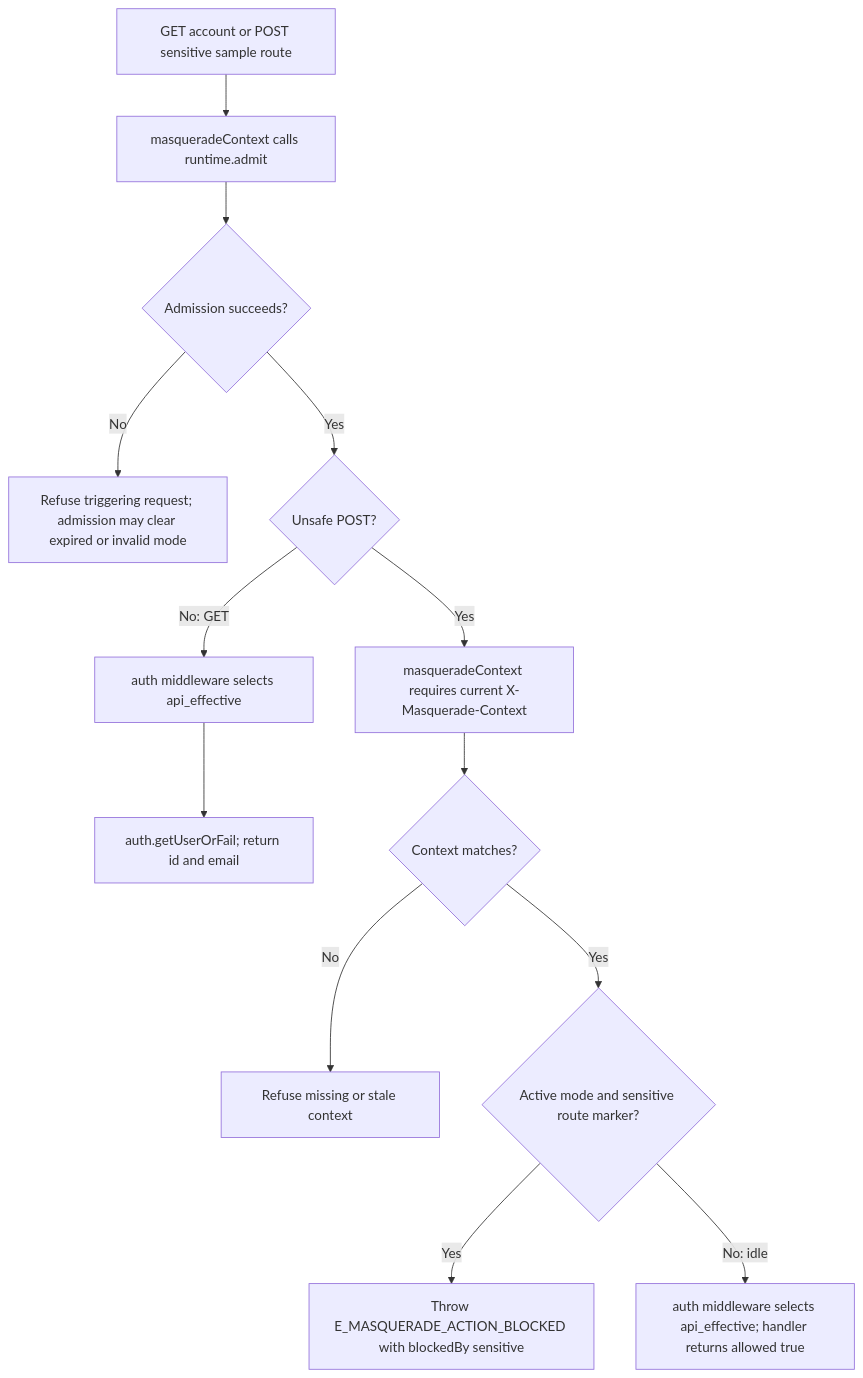
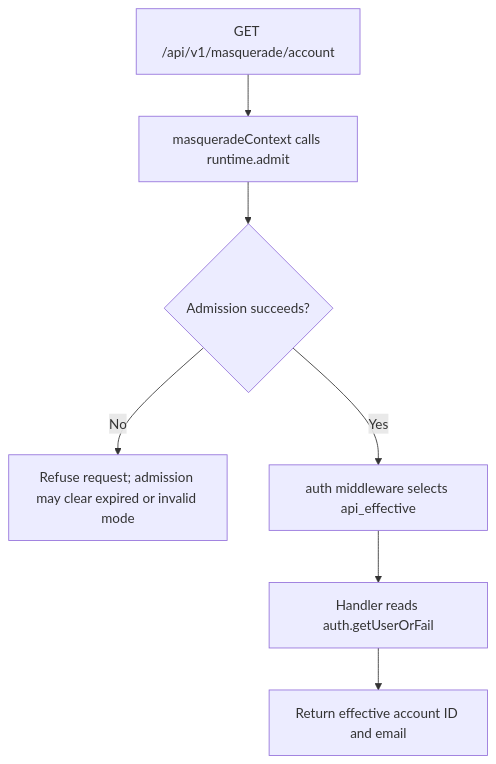
One commit to Kevinjohn/oss-adonisjs-starter-examples changed the second of 2 diagrams in user-stories/api/us-api-22-read-masquerade-sample.md. Above: the diagram before and after it, drawn with Mermaid. The commit also changed other lines of this file and 8 other files, not shown here.

````diff
--- a/user-stories/api/us-api-22-read-masquerade-sample.md
+++ b/user-stories/api/us-api-22-read-masquerade-sample.md
@@ -41,15 +31,9 @@
 ```mermaid
 flowchart TD
-    A["GET account or POST sensitive sample route"] --> B["masqueradeContext calls runtime.admit"]
+    A["GET /api/v1/masquerade/account"] --> B["masqueradeContext calls runtime.admit"]
     B --> C{"Admission succeeds?"}
-    C -->|No| D["Refuse triggering request; admission may clear expired or invalid mode"]
-    C -->|Yes| E{"Unsafe POST?"}
-    E -->|No: GET| F["auth middleware selects api_effective"]
-    F --> G["auth.getUserOrFail; return id and email"]
-    E -->|Yes| H["masqueradeContext requires current X-Masquerade-Context"]
-    H --> I{"Context matches?"}
-    I -->|No| J["Refuse missing or stale context"]
-    I -->|Yes| K{"Active mode and sensitive route marker?"}
-    K -->|Yes| L["Throw E_MASQUERADE_ACTION_BLOCKED with blockedBy sensitive"]
-    K -->|No: idle| M["auth middleware selects api_effective; handler returns allowed true"]
+    C -->|No| D["Refuse request; admission may clear expired or invalid mode"]
+    C -->|Yes| E["auth middleware selects api_effective"]
+    E --> F["Handler reads auth.getUserOrFail"]
+    F --> G["Return effective account ID and email"]
 ```
````
